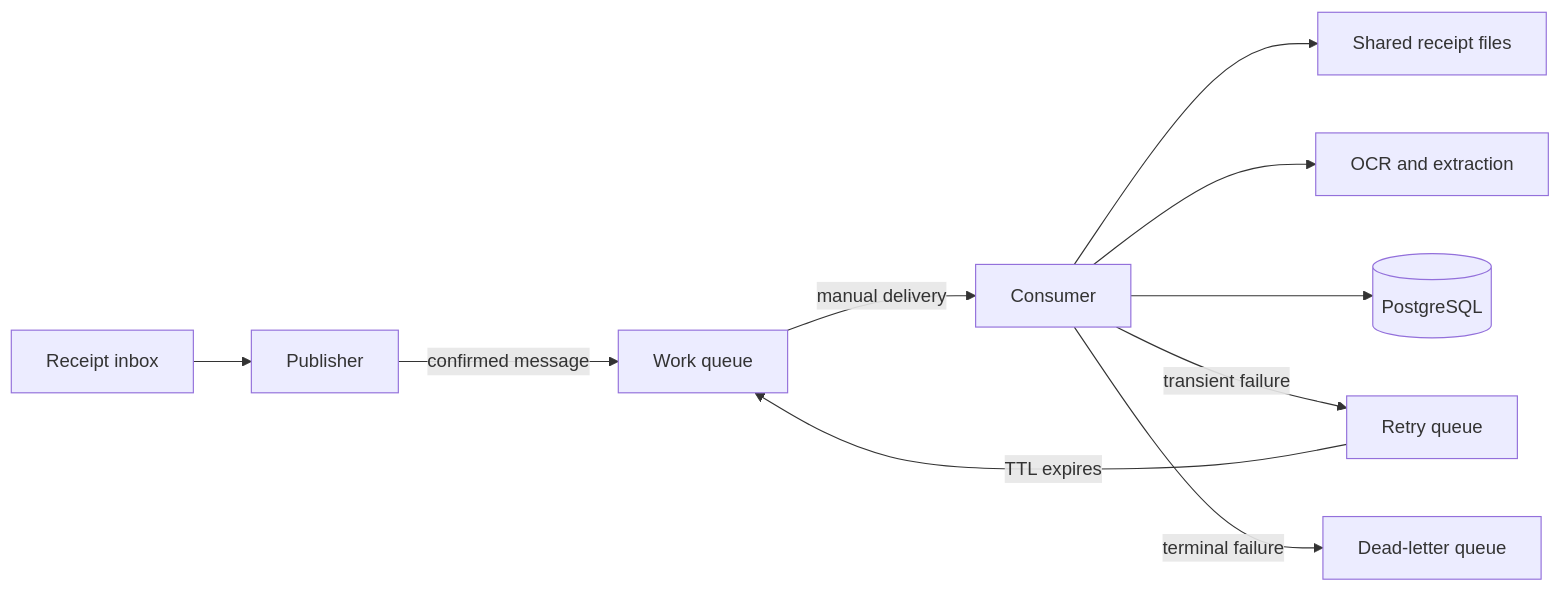
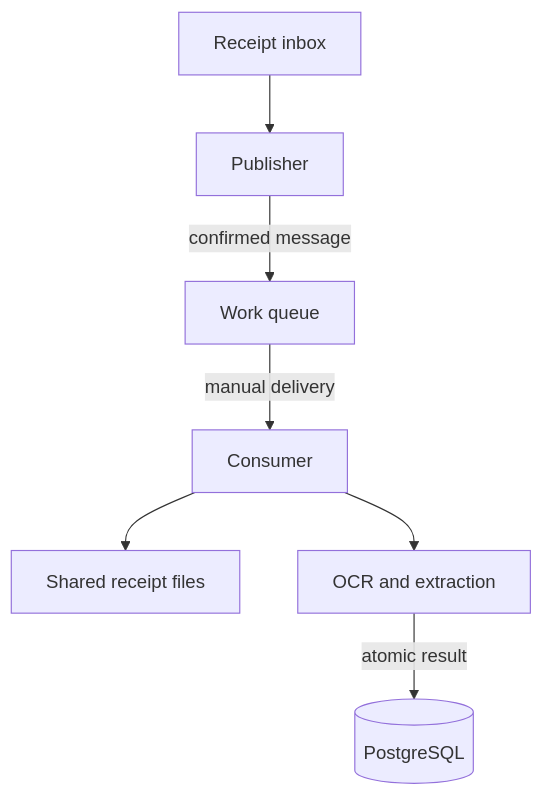
One commit to larocquemb/home-budget-pipeline changed the first of 5 diagrams in docs/rabbitmq-receipt-design.md. Above: the diagram before and after it, drawn with Mermaid. The commit also changed other lines of this file and 3 other files, not shown here.

Commit message:
Improve architecture documentation readability

````diff
--- a/docs/rabbitmq-receipt-design.md
+++ b/docs/rabbitmq-receipt-design.md
@@ -28,12 +30,9 @@
 ```mermaid
-flowchart LR
+flowchart TB
     inbox[Receipt inbox] --> publisher[Publisher]
     publisher -->|confirmed message| work[Work queue]
     work -->|manual delivery| worker[Consumer]
     worker --> files[Shared receipt files]
     worker --> ocr[OCR and extraction]
-    worker --> db[(PostgreSQL)]
-    worker -->|transient failure| retry[Retry queue]
-    retry -->|TTL expires| work
-    worker -->|terminal failure| dead[Dead-letter queue]
+    ocr -->|atomic result| db[(PostgreSQL)]
 ```
````
